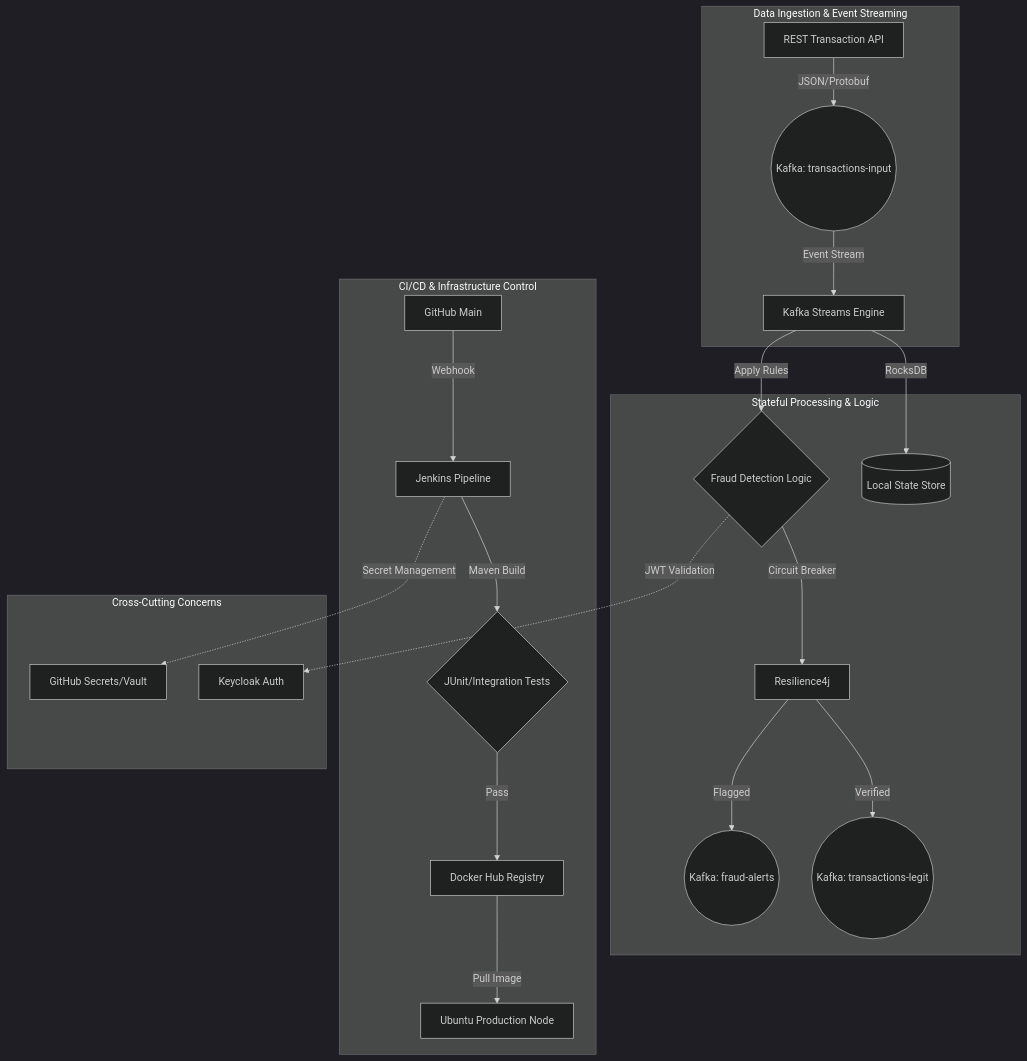
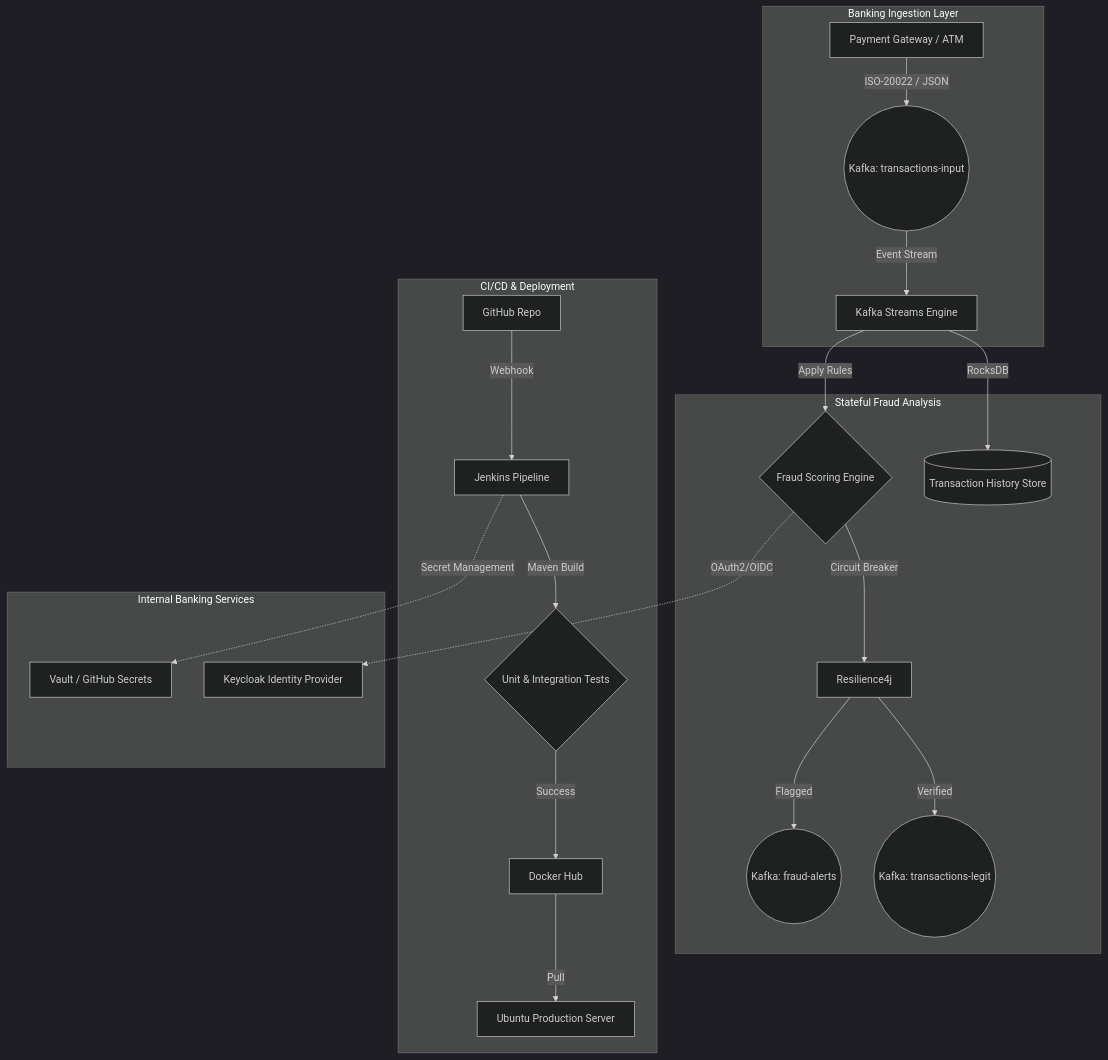
One commit to albertoraaz/fraud-detection-system changed the first of 2 diagrams in README.md. Above: the diagram before and after it, drawn with Mermaid (dark theme). The commit also changed other lines of this file, not shown here.

Commit message:
Readme.md file updated

````diff
--- a/README.md
+++ b/README.md
@@ -26,27 +26,27 @@
 ```mermaid
 graph TD
-    subgraph Data_Ingestion [Data Ingestion & Event Streaming]
-        API[REST Transaction API] -->|JSON/Protobuf| K_In((Kafka: transactions-input))
+    subgraph Ingestion_Layer [Banking Ingestion Layer]
+        PGW[Payment Gateway / ATM] -->|ISO-20022 / JSON| K_In((Kafka: transactions-input))
         K_In -->|Event Stream| KS[Kafka Streams Engine]
     end
 
-    subgraph Processing_Layer [Stateful Processing & Logic]
-        KS -->|RocksDB| State[(Local State Store)]
-        KS -->|Apply Rules| Logic{Fraud Detection Logic}
+    subgraph Analysis_Layer [Stateful Fraud Analysis]
+        KS -->|RocksDB| State[(Transaction History Store)]
+        KS -->|Apply Rules| Logic{Fraud Scoring Engine}
         Logic -->|Circuit Breaker| R4J[Resilience4j]
         R4J -->|Verified| K_Out((Kafka: transactions-legit))
         R4J -->|Flagged| K_Alert((Kafka: fraud-alerts))
     end
 
-    subgraph DevOps_Automation [CI/CD & Infrastructure Control]
-        GH[GitHub Main] -->|Webhook| Jenk[Jenkins Pipeline]
-        Jenk -->|Maven Build| Test{JUnit/Integration Tests}
-        Test -->|Pass| DH[Docker Hub Registry]
-        DH -->|Pull Image| Prod[Ubuntu Production Node]
+    subgraph Infrastructure_Automation [CI/CD & Deployment]
+        GH[GitHub Repo] -->|Webhook| Jenk[Jenkins Pipeline]
+        Jenk -->|Maven Build| Test{Unit & Integration Tests}
+        Test -->|Success| DH[Docker Hub]
+        DH -->|Pull| Prod[Ubuntu Production Server]
     end
 
-    subgraph Security_Identity [Cross-Cutting Concerns]
-        Logic -.->|JWT Validation| KC[Keycloak Auth]
-        Jenk -.->|Secret Management| GH_Sec[GitHub Secrets/Vault]
+    subgraph Core_Banking_Services [Internal Banking Services]
+        Logic -.->|OAuth2/OIDC| KC[Keycloak Identity Provider]
+        Jenk -.->|Secret Management| GH_Sec[Vault / GitHub Secrets]
     end
    ```
````
